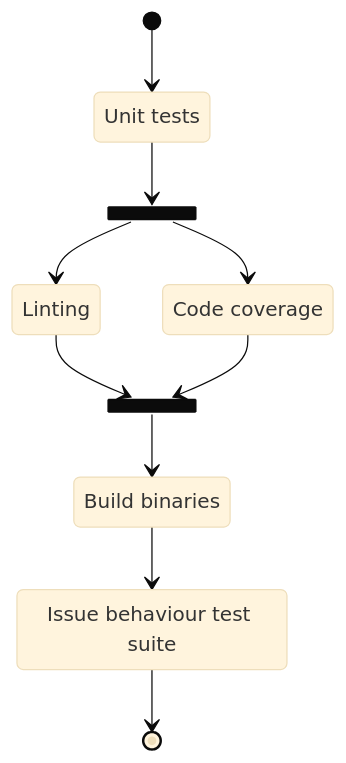
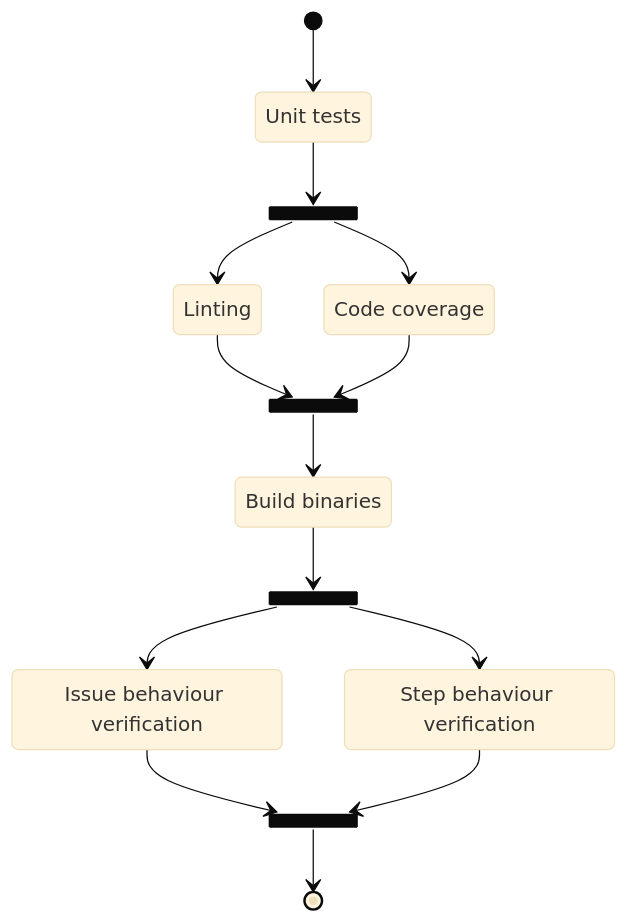
Before and after one commit to ContinuousEngineeringProject/ContinuousEngineeringProject.github.io: the sixth of 10 diagrams in docs/factory_pipelines.md, drawn with Mermaid (base theme). The commit also changed other lines of this file, not shown here.

````diff
--- a/docs/factory_pipelines.md
+++ b/docs/factory_pipelines.md
@@ -103,21 +101,28 @@
 ```mermaid
 stateDiagram-v2
   s1 : Unit tests
   s2 : Linting
   s3 : Code coverage
   s4 : Build binaries
-  s5 : Issue behaviour test suite
+  s5 : Issue behaviour verification
+  s6 : Step behaviour verification
   
   state f1 <<fork>>
   state j1 <<join>>
+  state f2 <<fork>>
+  state j2 <<join>>
   
   [*] --> s1
   s1 --> f1
   f1 --> s2
   f1 --> s3
   s2 --> j1
   s3 --> j1
   j1 --> s4
-  s4 --> s5
-  s5 --> [*]
+  s4 --> f2
+  f2 --> s5
+  f2 --> s6
+  s5 --> j2
+  s6 --> j2
+  j2 --> [*]
 ```
````
